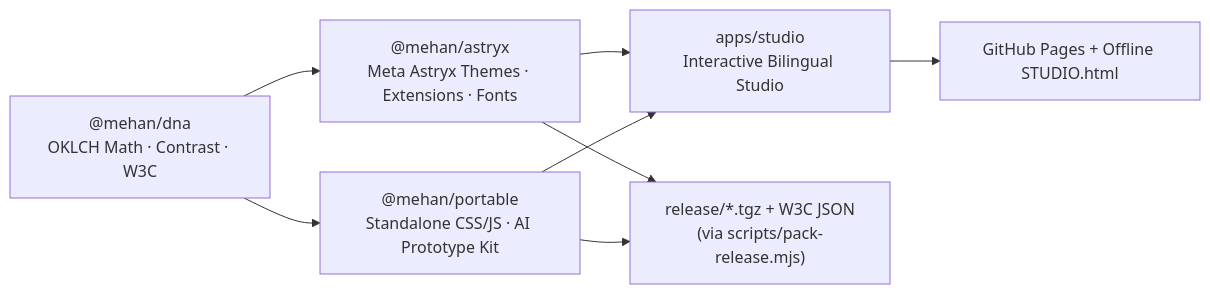
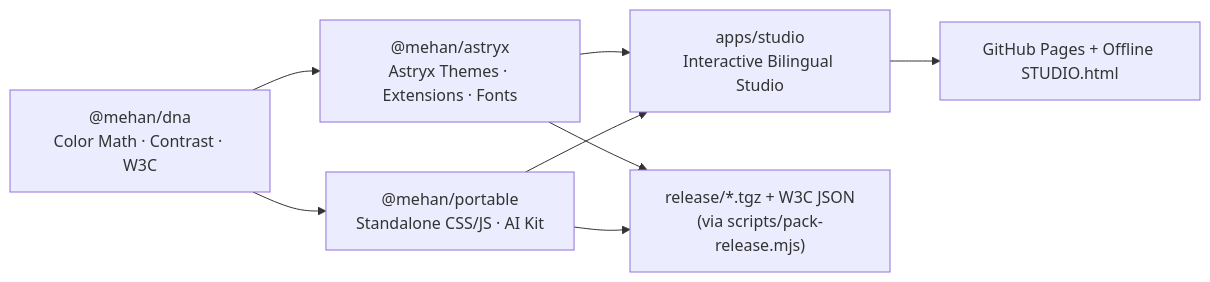
Before and after one commit to alamehan/mehan-design-system: the diagram in README.md, drawn with Mermaid. The commit also changed other lines of this file and 6 other files, not shown here.

````diff
--- a/README.md
+++ b/README.md
@@ -93,10 +97,10 @@
 ```mermaid
 flowchart LR
-  dna["@mehan/dna<br/>OKLCH Math · Contrast · W3C"] --> ast["@mehan/astryx<br/>Meta Astryx Themes · Extensions · Fonts"]
-  dna --> prt["@mehan/portable<br/>Standalone CSS/JS · AI Prototype Kit"]
+  dna["@mehan/dna<br/>Color Math · Contrast · W3C"] --> ast["@mehan/astryx<br/>Astryx Themes · Extensions · Fonts"]
+  dna --> prt["@mehan/portable<br/>Standalone CSS/JS · AI Kit"]
   ast --> stu["apps/studio<br/>Interactive Bilingual Studio"]
   prt --> stu
   stu --> web["GitHub Pages + Offline STUDIO.html"]
   ast --> rel["release/*.tgz + W3C JSON<br/>(via scripts/pack-release.mjs)"]
   prt --> rel
 ```
````
